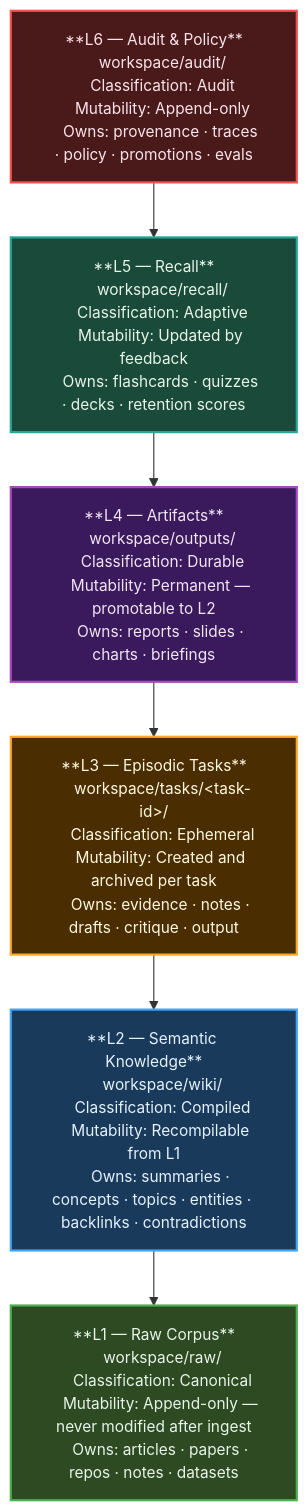
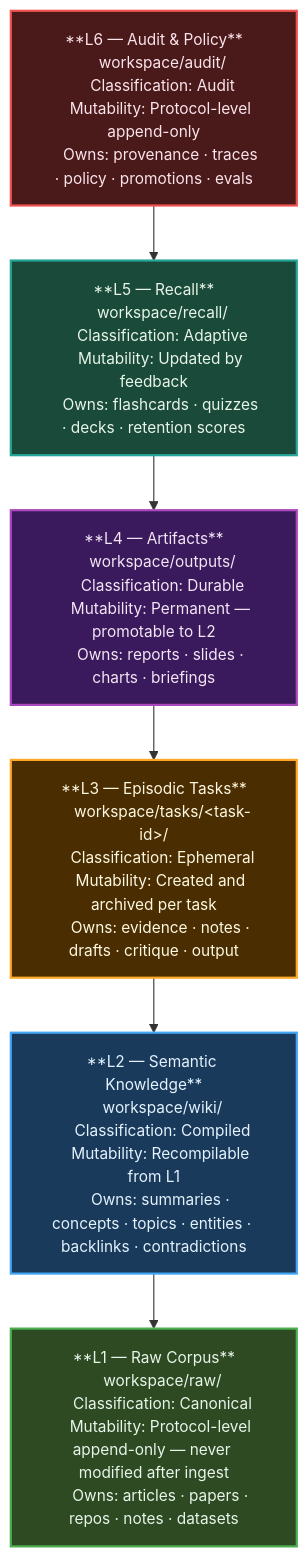
The first of 6 diagrams in 000-docs/020-AT-DIAG-diagram-prompts.md (jeremylongshore/bobs-big-brain-compiler), drawn with Mermaid before and after one commit. The commit also changed other lines of this file and 27 other files, not shown here.

````diff
--- a/000-docs/020-AT-DIAG-diagram-prompts.md
+++ b/000-docs/020-AT-DIAG-diagram-prompts.md
@@ -28,55 +28,55 @@
 ```mermaid
 %%{init: {"flowchart": {"rankDir": "TB"}, "themeVariables": {"fontSize": "14px"}}}%%
 flowchart TB
     %% Layer definitions — top to bottom in diagram, L6 at top per spec
     L6["**L6 — Audit & Policy**
     workspace/audit/
     Classification: Audit
-    Mutability: Append-only
+    Mutability: Protocol-level append-only
     Owns: provenance · traces · policy · promotions · evals"]
 
     L5["**L5 — Recall**
     workspace/recall/
     Classification: Adaptive
     Mutability: Updated by feedback
     Owns: flashcards · quizzes · decks · retention scores"]
 
     L4["**L4 — Artifacts**
     workspace/outputs/
     Classification: Durable
     Mutability: Permanent — promotable to L2
     Owns: reports · slides · charts · briefings"]
 
     L3["**L3 — Episodic Tasks**
     workspace/tasks/&lt;task-id&gt;/
     Classification: Ephemeral
     Mutability: Created and archived per task
     Owns: evidence · notes · drafts · critique · output"]
 
     L2["**L2 — Semantic Knowledge**
     workspace/wiki/
     Classification: Compiled
     Mutability: Recompilable from L1
     Owns: summaries · concepts · topics · entities · backlinks · contradictions"]
 
     L1["**L1 — Raw Corpus**
     workspace/raw/
     Classification: Canonical
-    Mutability: Append-only — never modified after ingest
+    Mutability: Protocol-level append-only — never modified after ingest
     Owns: articles · papers · repos · notes · datasets"]
 
     %% Stack — L6 at top, L1 at bottom
     L6 --> L5
     L5 --> L4
     L4 --> L3
     L3 --> L2
     L2 --> L1
 
     %% Styles
     style L1 fill:#2d4a22,color:#e8f5e9,stroke:#4caf50,stroke-width:2px
     style L2 fill:#1a3a5c,color:#e3f2fd,stroke:#42a5f5,stroke-width:2px
     style L3 fill:#4a2d00,color:#fff8e1,stroke:#ffa726,stroke-width:2px
     style L4 fill:#3a1a5c,color:#f3e5f5,stroke:#ab47bc,stroke-width:2px
     style L5 fill:#1a4a3a,color:#e8f5e9,stroke:#26a69a,stroke-width:2px
     style L6 fill:#4a1a1a,color:#fce4ec,stroke:#ef5350,stroke-width:2px
 ```
````
